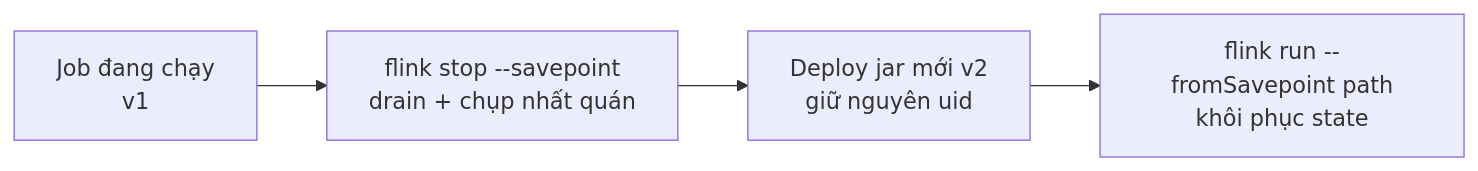
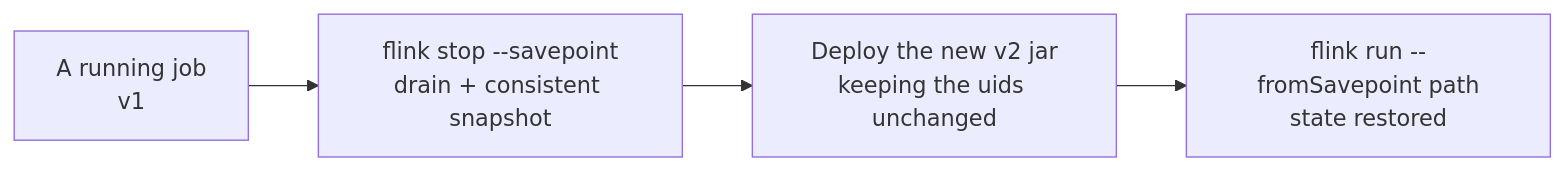
One commit to vuhoang001/knowledge changed the first of 3 diagrams in i18n/en/docusaurus-plugin-content-docs/current/etl/flink/skills/savepoint-upgrade.md. Above: the diagram before and after it, drawn with Mermaid. The commit also changed other lines of this file and 21 other files, not shown here.

````diff
--- a/i18n/en/docusaurus-plugin-content-docs/current/etl/flink/skills/savepoint-upgrade.md
+++ b/i18n/en/docusaurus-plugin-content-docs/current/etl/flink/skills/savepoint-upgrade.md
@@ -47,6 +46,6 @@
 ```mermaid
 graph LR
-    A["Job đang chạy<br/>v1"] --> B["flink stop --savepoint<br/>drain + chụp nhất quán"]
-    B --> C["Deploy jar mới v2<br/>giữ nguyên uid"]
-    C --> D["flink run --fromSavepoint path<br/>khôi phục state"]
+    A["A running job<br/>v1"] --> B["flink stop --savepoint<br/>drain + consistent snapshot"]
+    B --> C["Deploy the new v2 jar<br/>keeping the uids unchanged"]
+    C --> D["flink run --fromSavepoint path<br/>state restored"]
 ```
````
